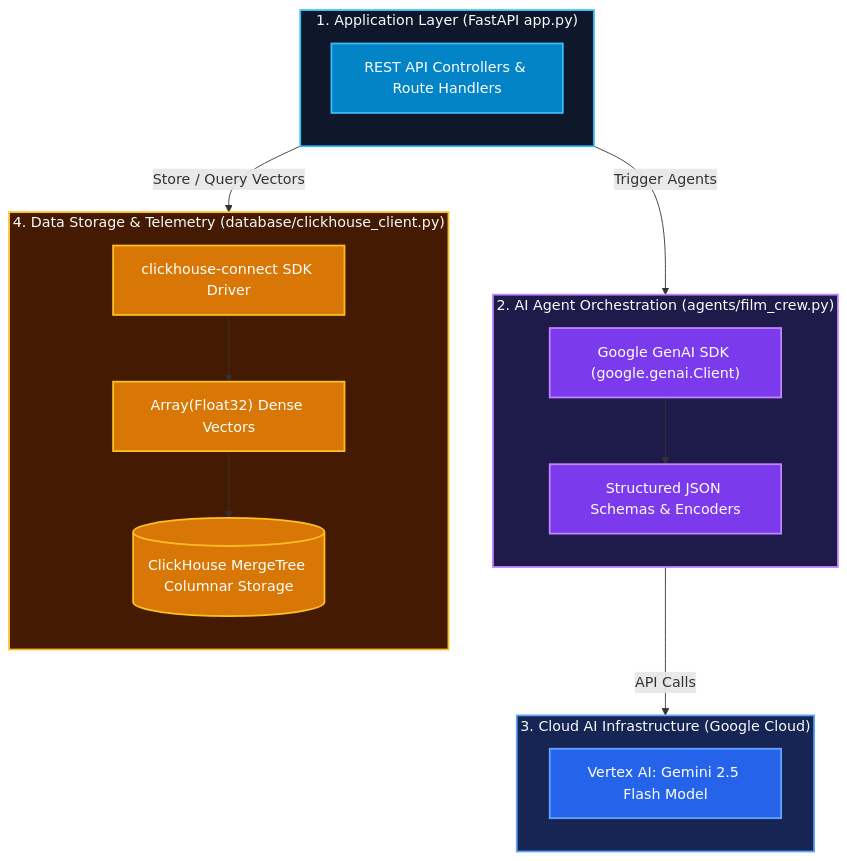
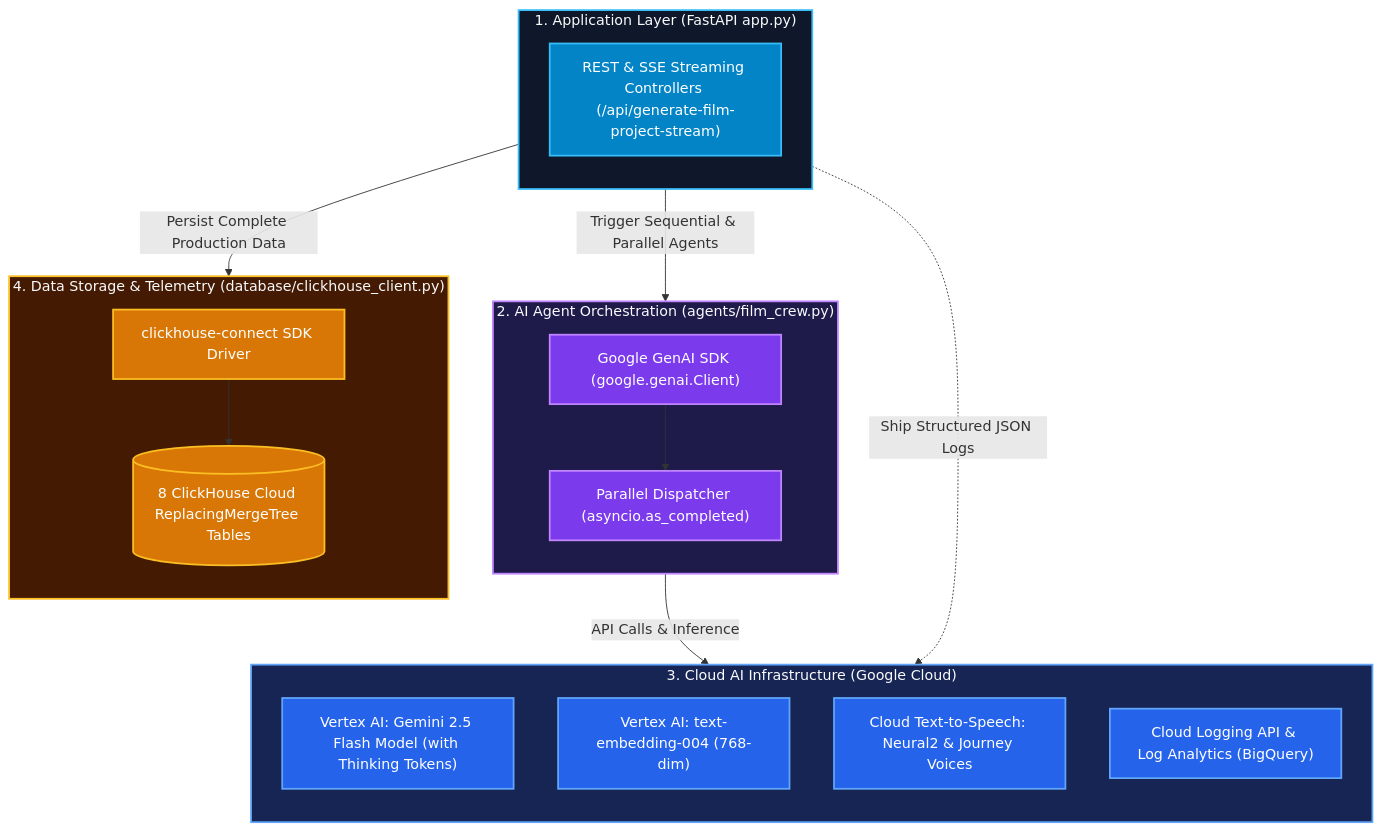
One commit to dwinsi/Agentic-Cinema changed the diagram in Documents/03_TECHNOLOGY_STACK.md. Above: the diagram before and after it, drawn with Mermaid. The commit also changed other lines of this file and 7 other files, not shown here.

Commit message:
refactor: streamline Google Cloud deployment runbook to use source-based builds and simplify logging analytics documentation.

````diff
--- a/Documents/03_TECHNOLOGY_STACK.md
+++ b/Documents/03_TECHNOLOGY_STACK.md
@@ -28,41 +31,44 @@
 ```mermaid
 flowchart TD
     classDef serverStyle fill:#0284c7,stroke:#38bdf8,stroke-width:2px,color:#ffffff;
     classDef aiStyle fill:#7c3aed,stroke:#c084fc,stroke-width:2px,color:#ffffff;
     classDef gcpStyle fill:#2563eb,stroke:#60a5fa,stroke-width:2px,color:#ffffff;
     classDef dbStyle fill:#d97706,stroke:#fbbf24,stroke-width:2px,color:#ffffff;
 
     subgraph Server["1. Application Layer (FastAPI app.py)"]
         direction TB
-        Routes["REST API Controllers & Route Handlers"]:::serverStyle
+        Routes["REST & SSE Streaming Controllers (/api/generate-film-project-stream)"]:::serverStyle
     end
 
     subgraph AI["2. AI Agent Orchestration (agents/film_crew.py)"]
         direction TB
         GenAIClient["Google GenAI SDK (google.genai.Client)"]:::aiStyle
-        JSONOutput["Structured JSON Schemas & Encoders"]:::aiStyle
-        GenAIClient --> JSONOutput
+        ParallelOrch["Parallel Dispatcher (asyncio.as_completed)"]:::aiStyle
+        GenAIClient --> ParallelOrch
     end
 
     subgraph VertexAI["3. Cloud AI Infrastructure (Google Cloud)"]
         direction TB
-        GeminiModel["Vertex AI: Gemini 2.5 Flash Model"]:::gcpStyle
+        GeminiModel["Vertex AI: Gemini 2.5 Flash Model (with Thinking Tokens)"]:::gcpStyle
+        EmbedModel["Vertex AI: text-embedding-004 (768-dim)"]:::gcpStyle
+        TTSModel["Cloud Text-to-Speech: Neural2 & Journey Voices"]:::gcpStyle
+        LogService["Cloud Logging API & Log Analytics (BigQuery)"]:::gcpStyle
     end
 
     subgraph Database["4. Data Storage & Telemetry (database/clickhouse_client.py)"]
         direction TB
         CHSDK["clickhouse-connect SDK Driver"]:::dbStyle
-        VectorArray["Array(Float32) Dense Vectors"]:::dbStyle
-        MergeTreeEngine[("ClickHouse MergeTree Columnar Storage")]:::dbStyle
-        CHSDK --> VectorArray --> MergeTreeEngine
+        Tables[("8 ClickHouse Cloud ReplacingMergeTree Tables")]:::dbStyle
+        CHSDK --> Tables
     end
 
-    Server -->|Trigger Agents| AI
-    AI -->|API Calls| VertexAI
-    Server -->|Store / Query Vectors| Database
+    Server -->|Trigger Sequential & Parallel Agents| AI
+    AI -->|API Calls & Inference| VertexAI
+    Server -->|Persist Complete Production Data| Database
+    Server -.->|Ship Structured JSON Logs| LogService
 
     style Server fill:#0f172a,stroke:#38bdf8,stroke-width:2px,color:#f8fafc;
     style AI fill:#1e1b4b,stroke:#c084fc,stroke-width:2px,color:#f8fafc;
     style VertexAI fill:#172554,stroke:#60a5fa,stroke-width:2px,color:#f8fafc;
     style Database fill:#451a03,stroke:#fbbf24,stroke-width:2px,color:#f8fafc;
 ```
````
